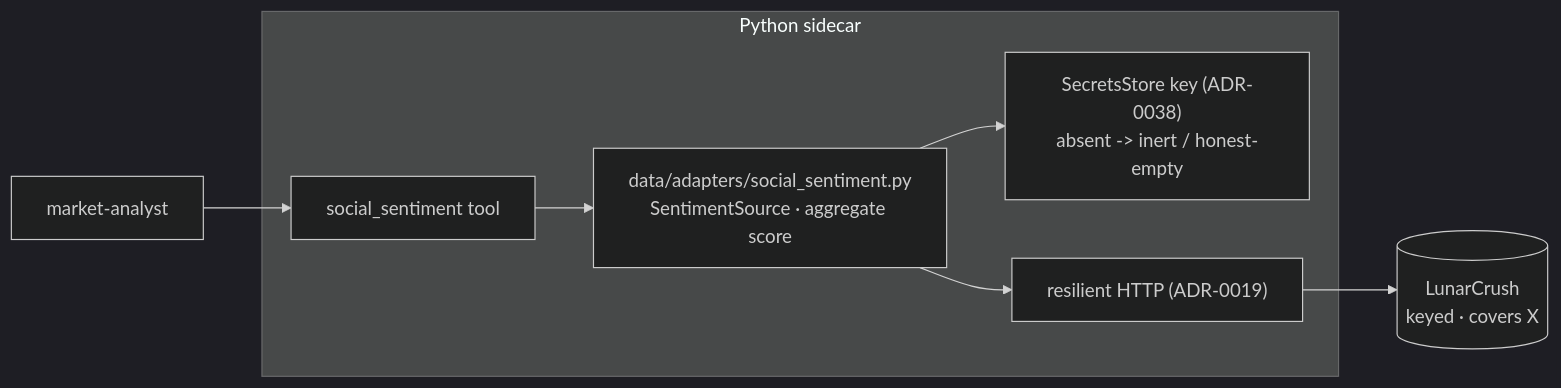
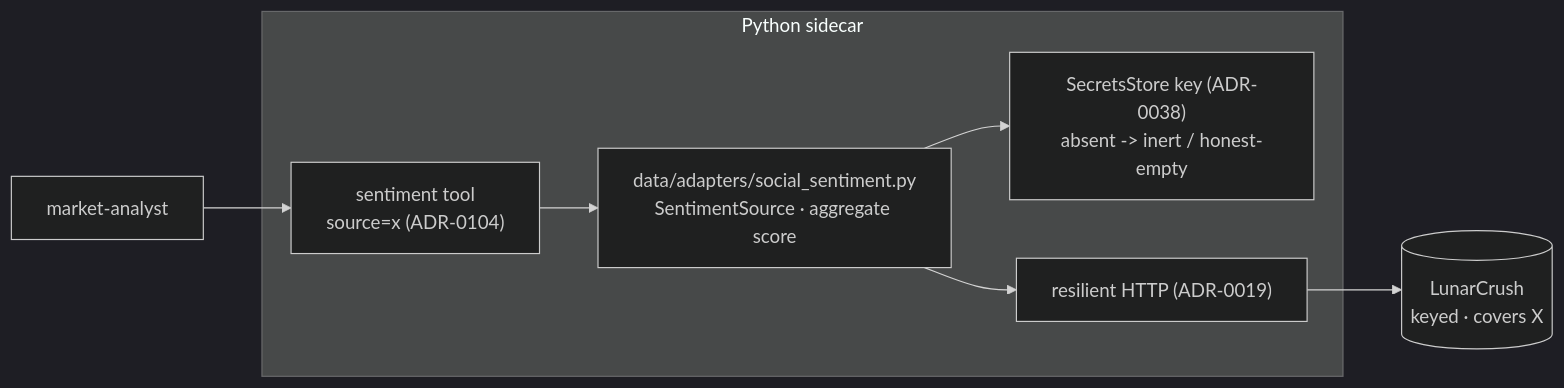
One commit to IgorKonovalov/market-analyzer changed the diagram in docs/architecture/plans/0108-social-sentiment-source.md. Above: the diagram before and after it, drawn with Mermaid (dark theme). The commit also changed other lines of this file and 3 other files, not shown here.

First line of the commit message:
docs(architect): reroute plans 0103/0108/0042 onto ADR-0104 tool modes

````diff
--- a/docs/architecture/plans/0108-social-sentiment-source.md
+++ b/docs/architecture/plans/0108-social-sentiment-source.md
@@ -22,13 +22,13 @@
 ```mermaid
 flowchart LR
     subgraph sidecar [Python sidecar]
-        T[social_sentiment tool]
+        T["sentiment tool<br/>source=x (ADR-0104)"]
         A["data/adapters/social_sentiment.py<br/>SentimentSource · aggregate score"]
         K["SecretsStore key (ADR-0038)<br/>absent -> inert / honest-empty"]
         R["resilient HTTP (ADR-0019)"]
         T --> A --> K
         A --> R
     end
     R --> Prov[(LunarCrush<br/>keyed · covers X)]
     Agent[market-analyst] --> T
 ```
````
